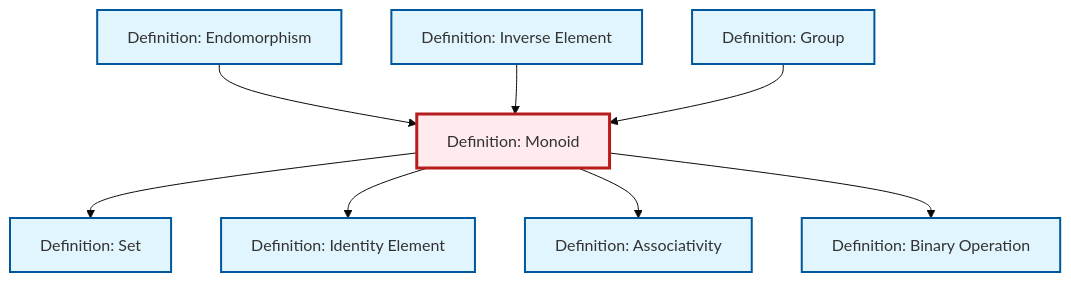
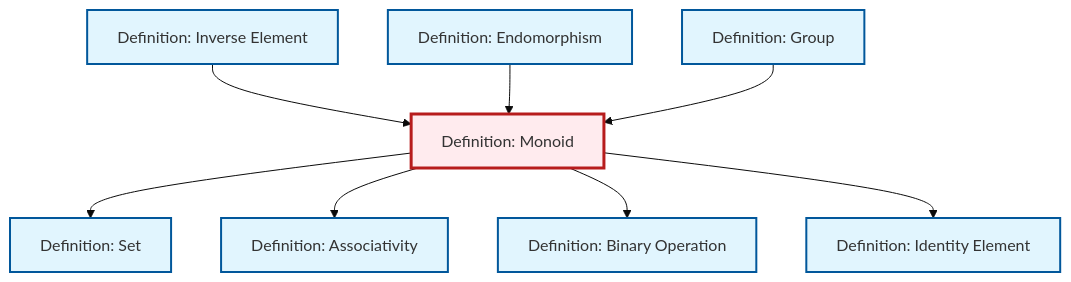
Before and after one commit to RK0429/ModernMath: the diagram in content/en/algebra/def-monoid.qmd, drawn with Mermaid (base theme). The commit also changed other lines of this file and 654 other files, not shown here.

````diff
--- a/content/en/algebra/def-monoid.qmd
+++ b/content/en/algebra/def-monoid.qmd
@@ -81,32 +81,32 @@
 ```{mermaid}
 %%| fig-cap: "Local dependency graph"
 graph TD
     classDef definition fill:#e1f5fe,stroke:#01579b,stroke-width:2px
     classDef theorem fill:#f3e5f5,stroke:#4a148c,stroke-width:2px
     classDef axiom fill:#fff3e0,stroke:#e65100,stroke-width:2px
     classDef example fill:#e8f5e9,stroke:#1b5e20,stroke-width:2px
     classDef current fill:#ffebee,stroke:#b71c1c,stroke-width:3px
+    def-set["Definition: Set"]:::definition
     def-monoid["Definition: Monoid"]:::definition
+    def-inverse-element["Definition: Inverse Element"]:::definition
     def-group["Definition: Group"]:::definition
     def-binary-operation["Definition: Binary Operation"]:::definition
+    def-identity-element["Definition: Identity Element"]:::definition
+    def-endomorphism["Definition: Endomorphism"]:::definition
     def-associativity["Definition: Associativity"]:::definition
-    def-endomorphism["Definition: Endomorphism"]:::definition
-    def-inverse-element["Definition: Inverse Element"]:::definition
-    def-identity-element["Definition: Identity Element"]:::definition
-    def-set["Definition: Set"]:::definition
-    def-endomorphism --> def-monoid
     def-inverse-element --> def-monoid
     def-monoid --> def-set
+    def-monoid --> def-associativity
+    def-endomorphism --> def-monoid
+    def-monoid --> def-binary-operation
     def-monoid --> def-identity-element
-    def-monoid --> def-associativity
     def-group --> def-monoid
-    def-monoid --> def-binary-operation
     class def-monoid current
+    click def-set "def-set.html" "Go to Set definition"
+    click def-inverse-element "def-inverse-element.html" "Go to Inverse Element definition"
     click def-group "def-group.html" "Go to Group definition"
     click def-binary-operation "def-binary-operation.html" "Go to Binary Operation definition"
+    click def-identity-element "def-identity-element.html" "Go to Identity Element definition"
+    click def-endomorphism "def-endomorphism.html" "Go to Endomorphism definition"
     click def-associativity "def-associativity.html" "Go to Associativity definition"
-    click def-endomorphism "def-endomorphism.html" "Go to Endomorphism definition"
-    click def-inverse-element "def-inverse-element.html" "Go to Inverse Element definition"
-    click def-identity-element "def-identity-element.html" "Go to Identity Element definition"
-    click def-set "def-set.html" "Go to Set definition"
 ```
````
